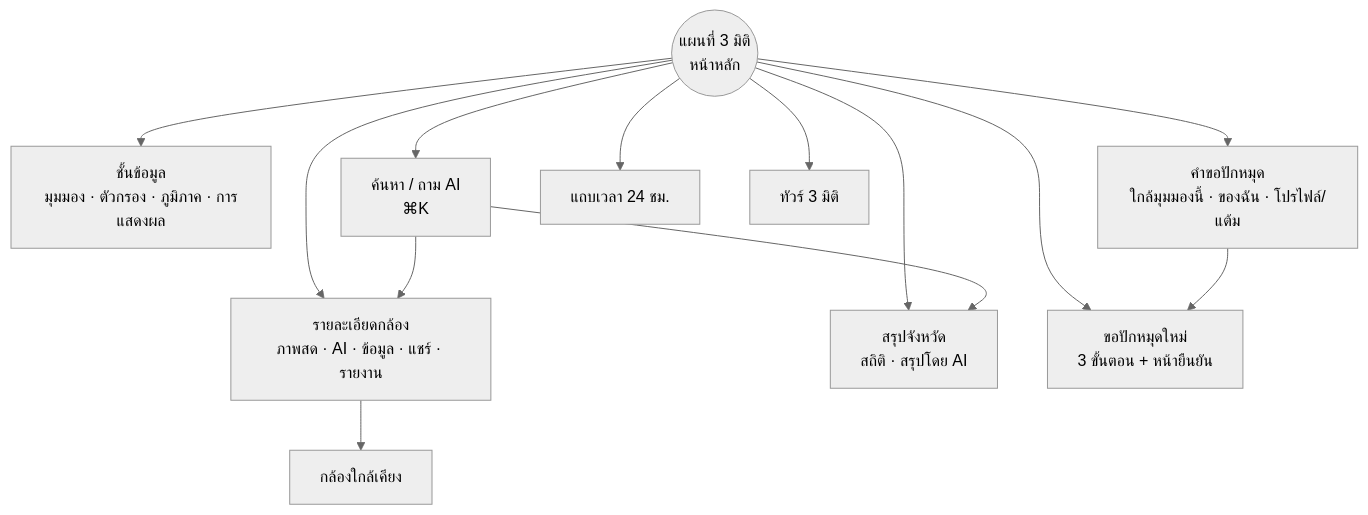
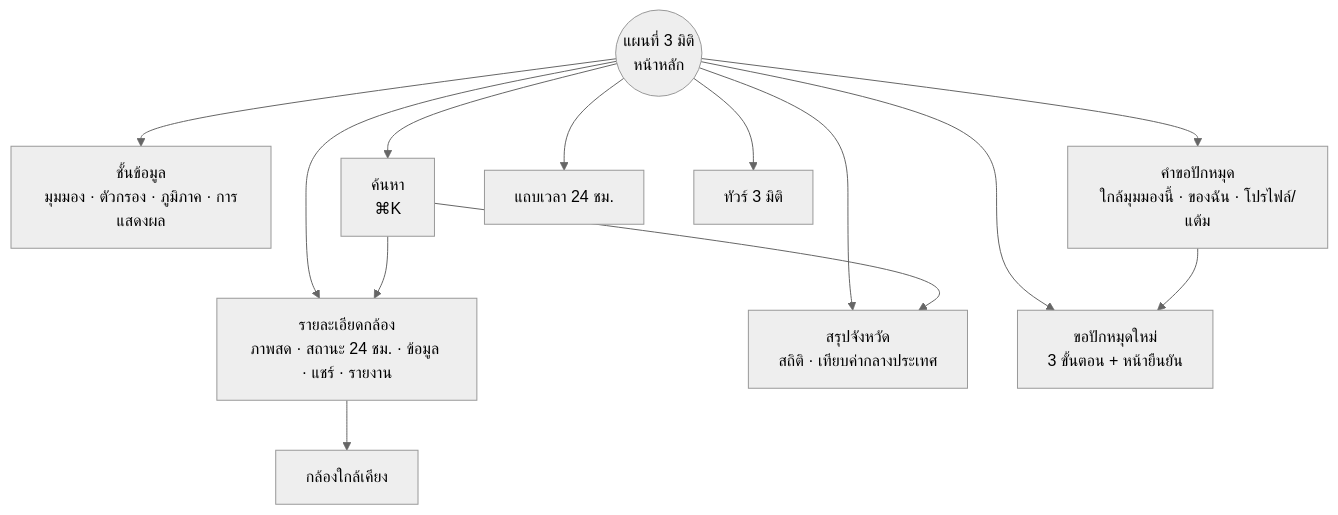
Before and after one commit to giganto-th/cctv: the second of 2 diagrams in docs/PHASE1-UXUI.md, drawn with Mermaid (neutral theme). The commit also changed other lines of this file and 12 other files, not shown here.

````diff
--- a/docs/PHASE1-UXUI.md
+++ b/docs/PHASE1-UXUI.md
@@ -67,16 +68,16 @@
 ```mermaid
 flowchart TB
   MAP((แผนที่ 3 มิติ<br/>หน้าหลัก))
   MAP --> L[ชั้นข้อมูล<br/>มุมมอง · ตัวกรอง · ภูมิภาค · การแสดงผล]
-  MAP --> S[ค้นหา / ถาม AI<br/>⌘K]
-  MAP --> D[รายละเอียดกล้อง<br/>ภาพสด · AI · ข้อมูล · แชร์ · รายงาน]
-  MAP --> P[สรุปจังหวัด<br/>สถิติ · สรุปโดย AI]
+  MAP --> S[ค้นหา<br/>⌘K]
+  MAP --> D[รายละเอียดกล้อง<br/>ภาพสด · สถานะ 24 ชม. · ข้อมูล · แชร์ · รายงาน]
+  MAP --> P[สรุปจังหวัด<br/>สถิติ · เทียบค่ากลางประเทศ]
   MAP --> R[คำขอปักหมุด<br/>ใกล้มุมมองนี้ · ของฉัน · โปรไฟล์/แต้ม]
   MAP --> N[ขอปักหมุดใหม่<br/>3 ขั้นตอน + หน้ายืนยัน]
   MAP --> T[แถบเวลา 24 ชม.]
   MAP --> TO[ทัวร์ 3 มิติ]
   D --> N2[กล้องใกล้เคียง]
   S --> D
   S --> P
   R --> N
 ```
````
